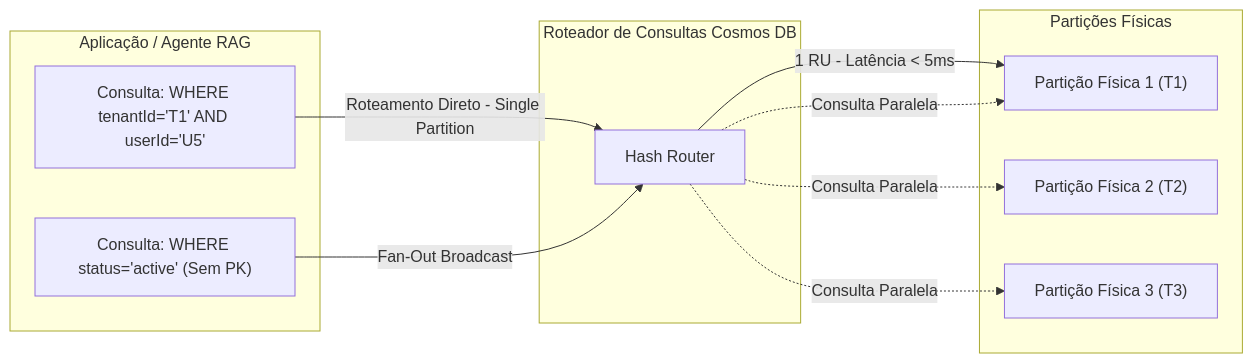
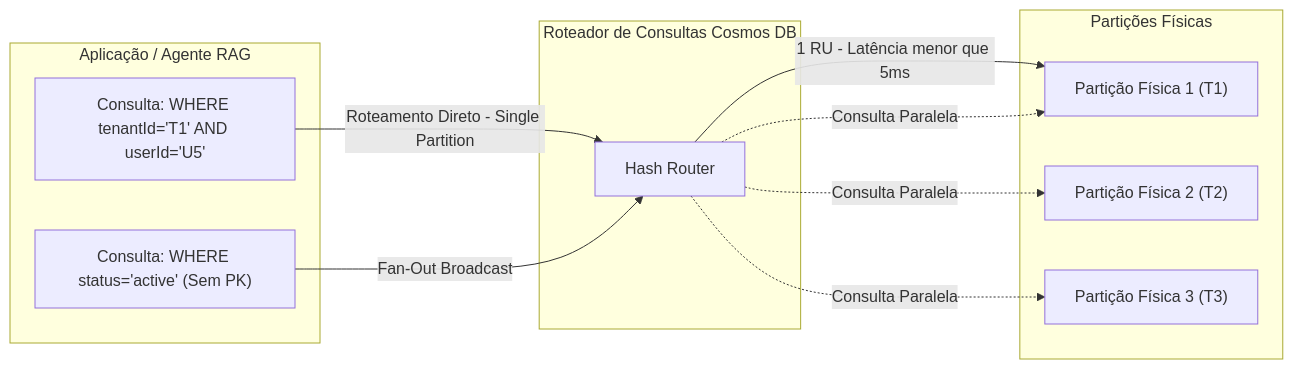
Before and after one commit to joaovpimenta/azure-ai-200: the second of 2 diagrams in chapters/04-cosmos-db-nosql/cosmos-db-modelo-de-recursos-e-particionamento.md, drawn with Mermaid. The commit also changed 7 other files, not shown here.

````diff
--- a/chapters/04-cosmos-db-nosql/cosmos-db-modelo-de-recursos-e-particionamento.md
+++ b/chapters/04-cosmos-db-nosql/cosmos-db-modelo-de-recursos-e-particionamento.md
@@ -246,25 +246,25 @@
 ```mermaid
 flowchart LR
     subgraph ClientApp["Aplicação / Agente RAG"]
         Q1["Consulta: WHERE tenantId='T1' AND userId='U5'"]
         Q2["Consulta: WHERE status='active' (Sem PK)"]
     end
 
     subgraph Router["Roteador de Consultas Cosmos DB"]
         R1["Hash Router"]
     end
 
     subgraph Partitions["Partições Físicas"]
         P1["Partição Física 1 (T1)"]
         P2["Partição Física 2 (T2)"]
         P3["Partição Física 3 (T3)"]
     end
 
     Q1 -->|Roteamento Direto - Single Partition| R1
-    R1 -->|1 RU - Latência < 5ms| P1
+    R1 -->|1 RU - Latência menor que 5ms| P1
 
     Q2 -->|Fan-Out Broadcast| R1
     R1 -.->|Consulta Paralela| P1
     R1 -.->|Consulta Paralela| P2
     R1 -.->|Consulta Paralela| P3
 ```
````
